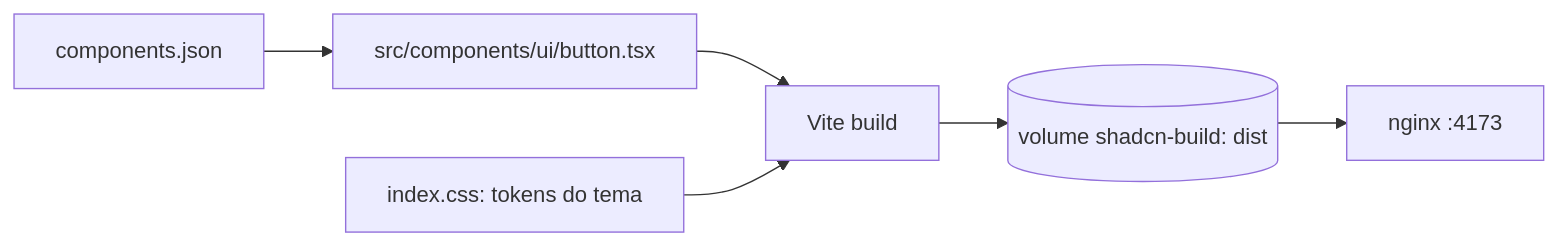
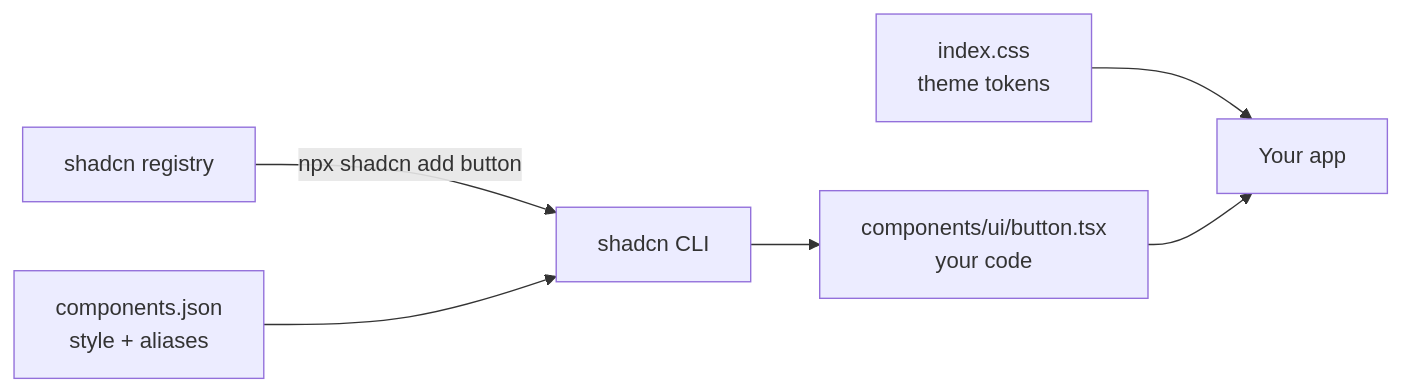
The diagram in shadcn/README.md (thiagoeti/front), drawn with Mermaid before and after one commit. The commit also changed other lines of this file and 5 other files, not shown here.

First line of the commit message:
docs: astro, nextjs e shadcn com README simplificado e data.json

````diff
--- a/shadcn/README.md
+++ b/shadcn/README.md
@@ -7,8 +15,8 @@
 ```mermaid
 flowchart LR
-  J[components.json] --> B[src/components/ui/button.tsx]
-  B --> V[Vite build]
-  T[index.css: tokens do tema] --> V
-  V --> D[(volume shadcn-build: dist)]
-  D --> N[nginx :4173]
+  R[shadcn registry] -->|"npx shadcn add button"| C[shadcn CLI]
+  J["components.json<br/>style + aliases"] --> C
+  C --> F["components/ui/button.tsx<br/>your code"]
+  T["index.css<br/>theme tokens"] --> A[Your app]
+  F --> A
 ```
````
